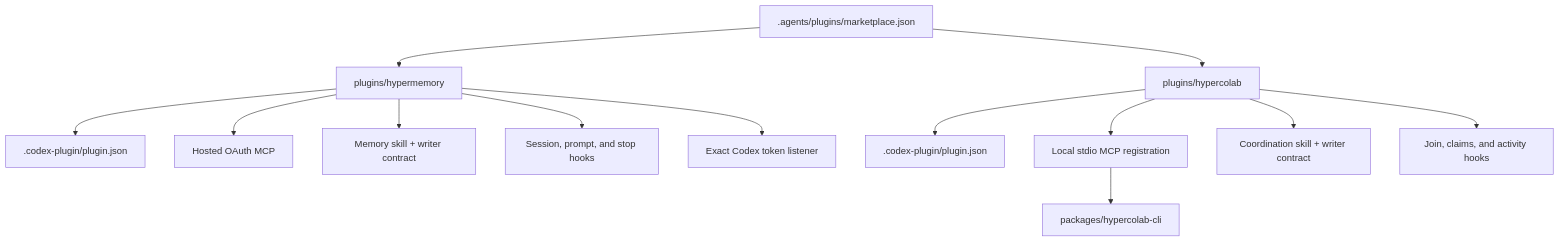
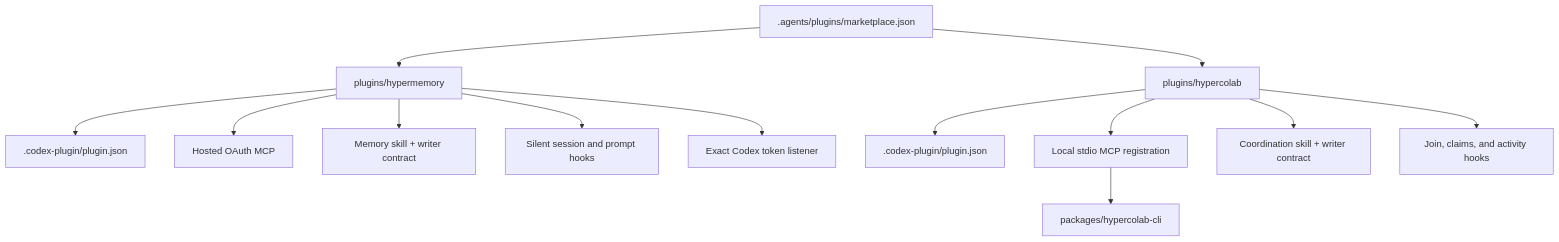
The first of 3 diagrams in docs/ARCHITECTURE.md (hypermemory-ai/hm-plugin-kimi), drawn with Mermaid before and after one commit. The commit also changed other lines of this file and 6 other files, not shown here.

````diff
--- a/docs/ARCHITECTURE.md
+++ b/docs/ARCHITECTURE.md
@@ -9,17 +9,17 @@
 ```mermaid
 flowchart TD
     Marketplace[".agents/plugins/marketplace.json"] --> HM["plugins/hypermemory"]
     Marketplace --> HC["plugins/hypercolab"]
 
     HM --> HMM[".codex-plugin/plugin.json"]
     HM --> HMMCP["Hosted OAuth MCP"]
     HM --> HMSkill["Memory skill + writer contract"]
-    HM --> HMHooks["Session, prompt, and stop hooks"]
+    HM --> HMHooks["Silent session and prompt hooks"]
     HM --> HMToken["Exact Codex token listener"]
 
     HC --> HCM[".codex-plugin/plugin.json"]
     HC --> HCMCP["Local stdio MCP registration"]
     HC --> HCSkill["Coordination skill + writer contract"]
     HC --> HCHooks["Join, claims, and activity hooks"]
     HCMCP --> CLI["packages/hypercolab-cli"]
 ```
````
